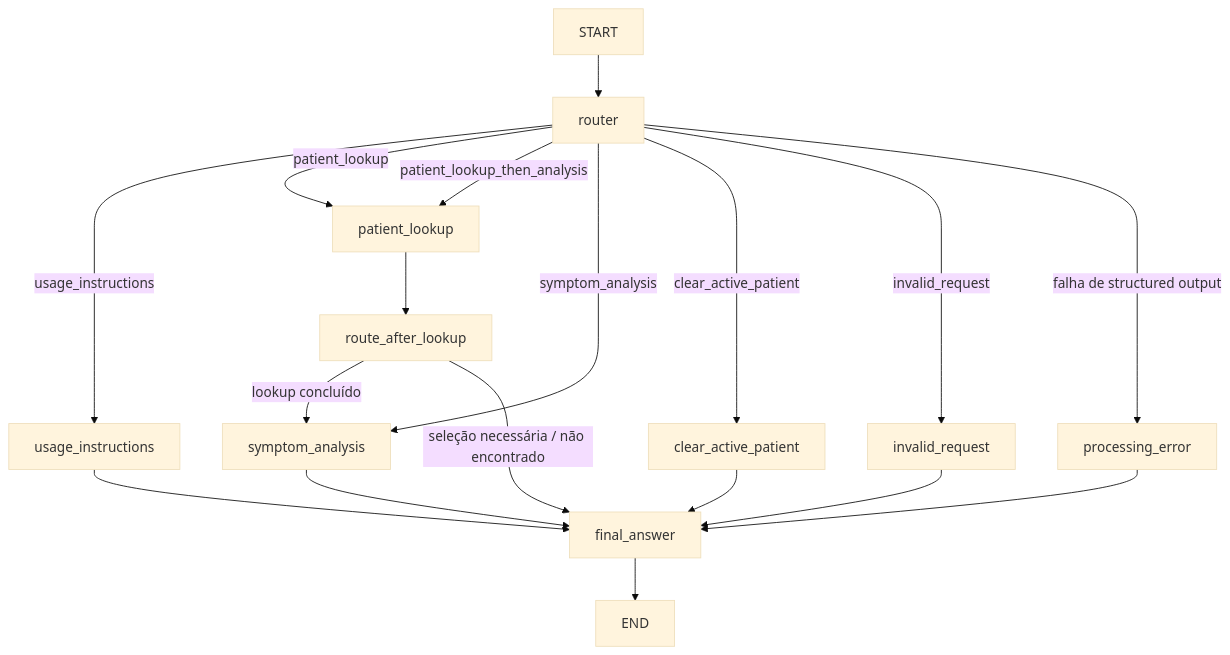
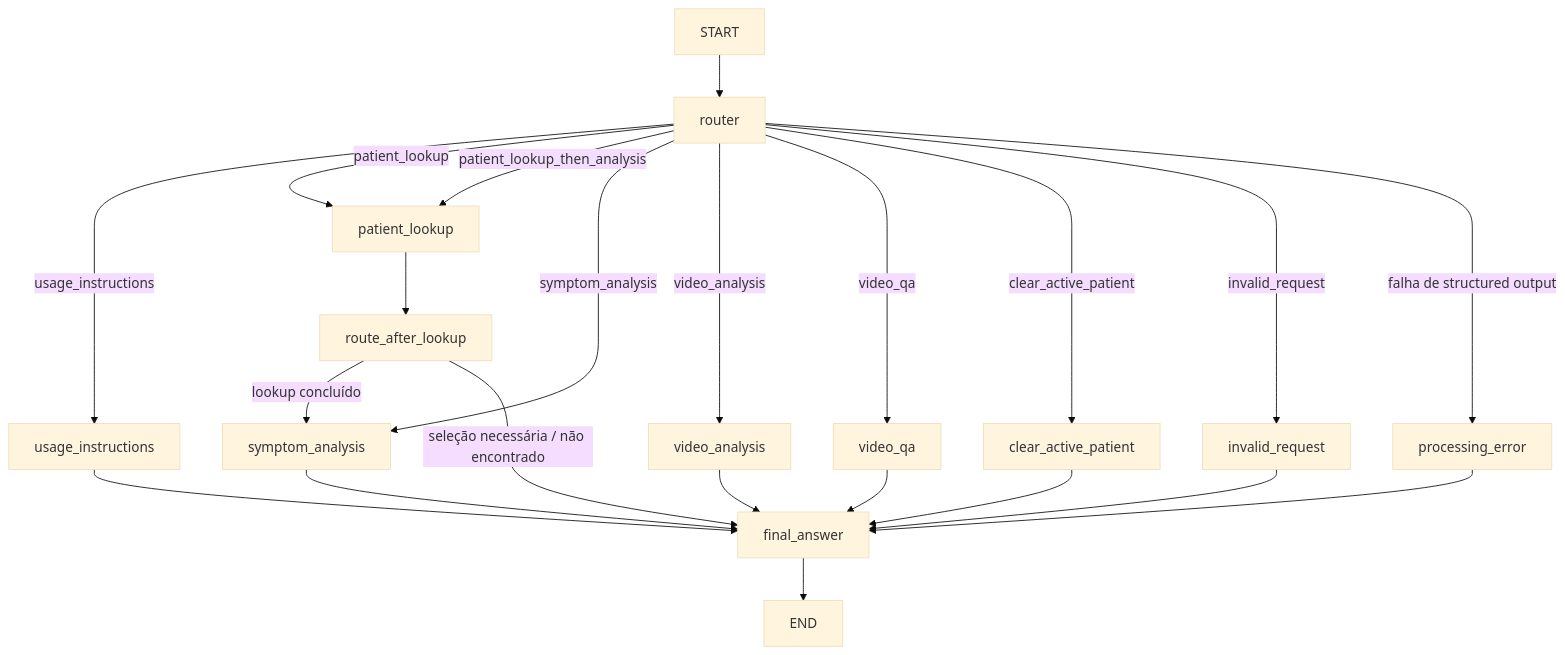
The second of 2 diagrams in README_pt-br.md (luizaaca/screening_robot), drawn with Mermaid (base theme) before and after one commit. The commit also changed other lines of this file and 27 other files, not shown here.

First line of the commit message:
feat(video): Implement video analysis and QA nodes

````diff
--- a/README_pt-br.md
+++ b/README_pt-br.md
@@ -302,22 +308,26 @@
 ```mermaid
 flowchart TD
     START --> router
     router -->|usage_instructions| usage_instructions
     router -->|patient_lookup| patient_lookup
     router -->|patient_lookup_then_analysis| patient_lookup
     router -->|symptom_analysis| symptom_analysis
+    router -->|video_analysis| video_analysis
+    router -->|video_qa| video_qa
     router -->|clear_active_patient| clear_active_patient
     router -->|invalid_request| invalid_request
     router -->|falha de structured output| processing_error
 
     patient_lookup --> route_after_lookup
     route_after_lookup -->|lookup concluído| symptom_analysis
     route_after_lookup -->|seleção necessária / não encontrado| final_answer
 
     usage_instructions --> final_answer
     symptom_analysis --> final_answer
+    video_analysis --> final_answer
+    video_qa --> final_answer
     clear_active_patient --> final_answer
     invalid_request --> final_answer
     processing_error --> final_answer
     final_answer --> END
 ```
````
